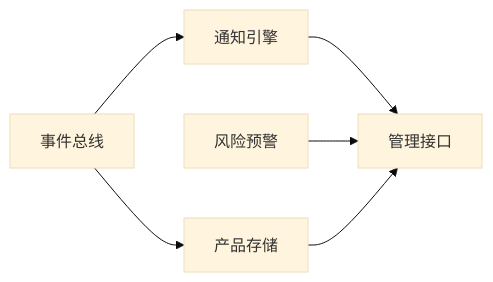
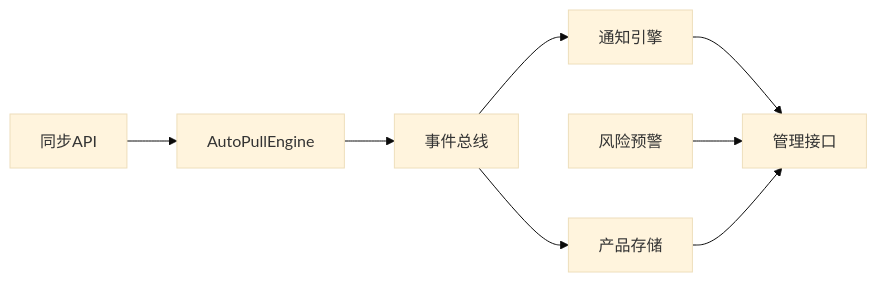
The ninth of 9 diagrams in .qoder/repowiki/zh/content/监控与运维/日志管理.md (angledick/-), drawn with Mermaid (base theme) before and after one commit. The commit also changed other lines of this file and 9 other files, not shown here.

````diff
--- a/.qoder/repowiki/zh/content/监控与运维/日志管理.md
+++ b/.qoder/repowiki/zh/content/监控与运维/日志管理.md
@@ -269,8 +393,10 @@
 ```mermaid
 graph LR
-EB["事件总线"] --> PS["产品存储"]
+APE["AutoPullEngine"] --> EB["事件总线"]
+EB --> PS["产品存储"]
 EB --> NE["通知引擎"]
 NE --> ADM["管理接口"]
 RA["风险预警"] --> ADM
 PS --> ADM
+SYNCAPI["同步API"] --> APE
 ```
````
